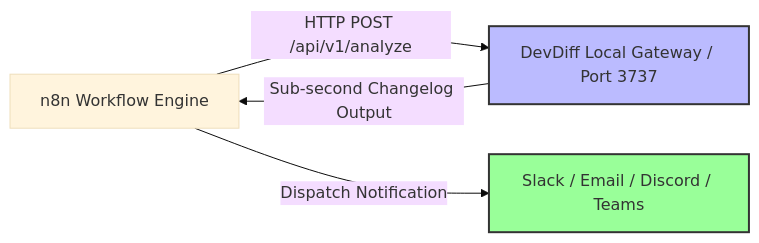
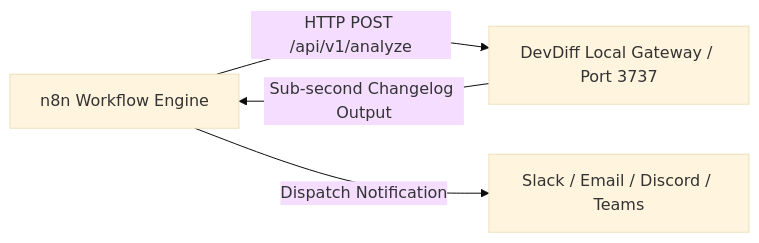
Before and after one commit to EldrexDelosReyesBula/DevDiff: the diagram in docs/integrations/n8n.md, drawn with Mermaid (base theme). The commit also changed other lines of this file and 187 other files, not shown here.

First line of the commit message:
release: v1.8.0 — multi-registry distribution, plugin architecture & documentation overhaul

````diff
--- a/docs/integrations/n8n.md
+++ b/docs/integrations/n8n.md
@@ -9,9 +9,6 @@
 ```mermaid
 flowchart LR
     n8n[n8n Workflow Engine] -->|HTTP POST /api/v1/analyze| Gateway[DevDiff Local Gateway / Port 3737]
     Gateway -->|Sub-second Changelog Output| n8n
     n8n -->|Dispatch Notification| Channels[Slack / Email / Discord / Teams]
-
-    style Gateway fill:#bbf,stroke:#333,stroke-width:2px
-    style Channels fill:#9f9,stroke:#333,stroke-width:2px
 ```
````
